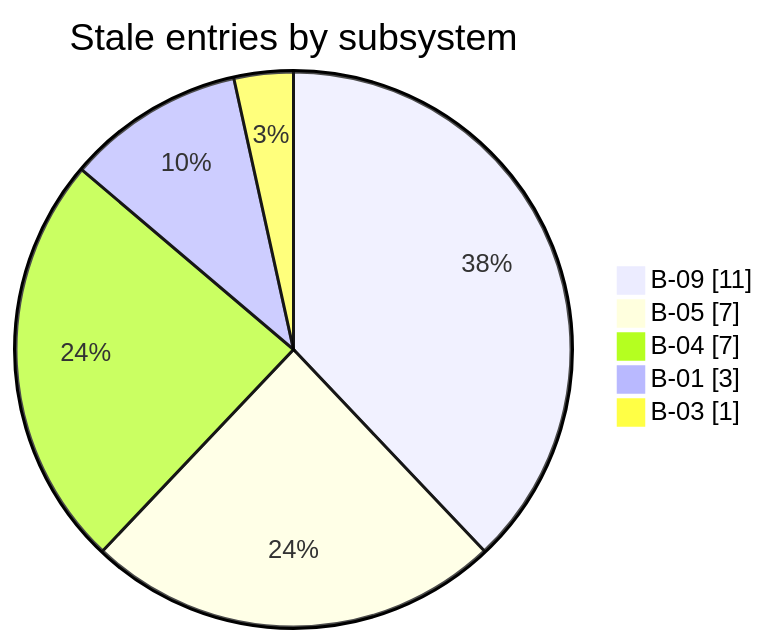
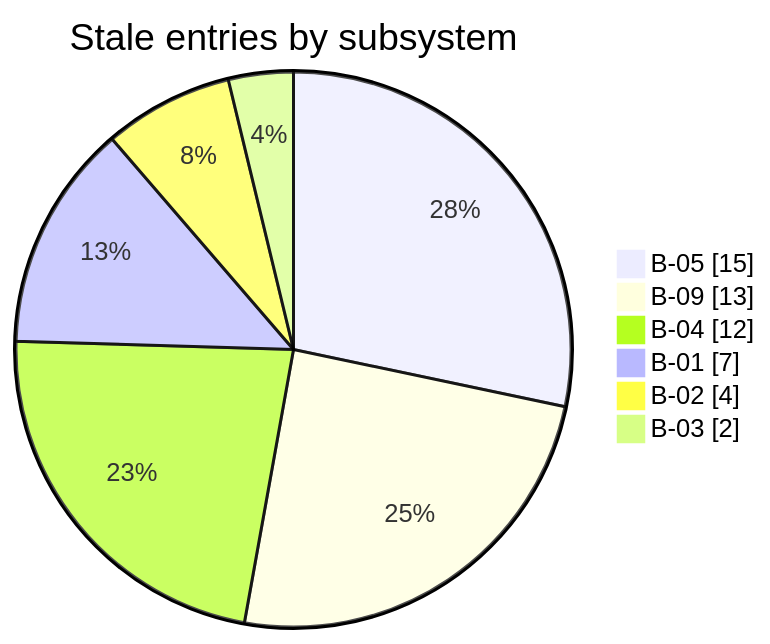
The diagram in docs/architecture.md (nfeldman/amanuensis), drawn with Mermaid before and after one commit. The commit also changed other lines of this file and 62 other files, not shown here.

````diff
--- a/docs/architecture.md
+++ b/docs/architecture.md
@@ -37,9 +61,10 @@
 ```mermaid
 pie showData
     title Stale entries by subsystem
-    "B-09" : 11
-    "B-05" : 7
-    "B-04" : 7
-    "B-01" : 3
-    "B-03" : 1
+    "B-05" : 15
+    "B-09" : 13
+    "B-04" : 12
+    "B-01" : 7
+    "B-02" : 4
+    "B-03" : 2
 ```
````
